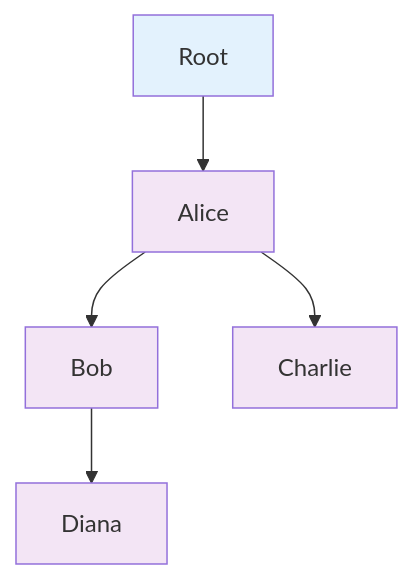
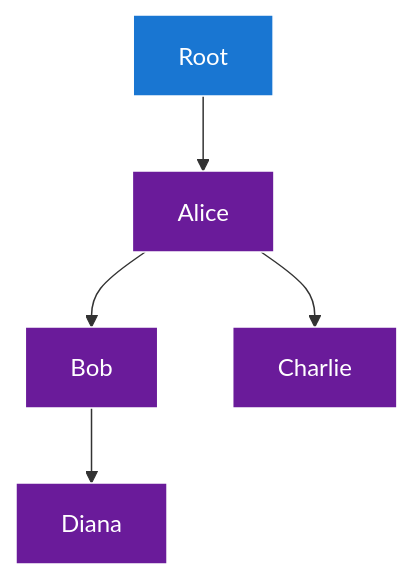
One commit to specialized806/jaseci changed the second of 2 diagrams in jac/examples/reference/disengage_statements.md. Above: the diagram before and after it, drawn with Mermaid. The commit also changed other lines of this file and 13 other files, not shown here.

Commit message:
imporve spec diagram styles

````diff
--- a/jac/examples/reference/disengage_statements.md
+++ b/jac/examples/reference/disengage_statements.md
@@ -82,13 +82,13 @@
 ```mermaid
 graph TD
     Root --> Alice
     Alice --> Bob
     Alice --> Charlie
     Bob --> Diana
 
-    style Root fill:#e3f2fd
-    style Alice fill:#f3e5f5
-    style Bob fill:#f3e5f5
-    style Charlie fill:#f3e5f5
-    style Diana fill:#f3e5f5
+    style Root fill:#1976d2,stroke:#fff,color:#fff
+    style Alice fill:#6a1b9a,stroke:#fff,color:#fff
+    style Bob fill:#6a1b9a,stroke:#fff,color:#fff
+    style Charlie fill:#6a1b9a,stroke:#fff,color:#fff
+    style Diana fill:#6a1b9a,stroke:#fff,color:#fff
 ```
````
